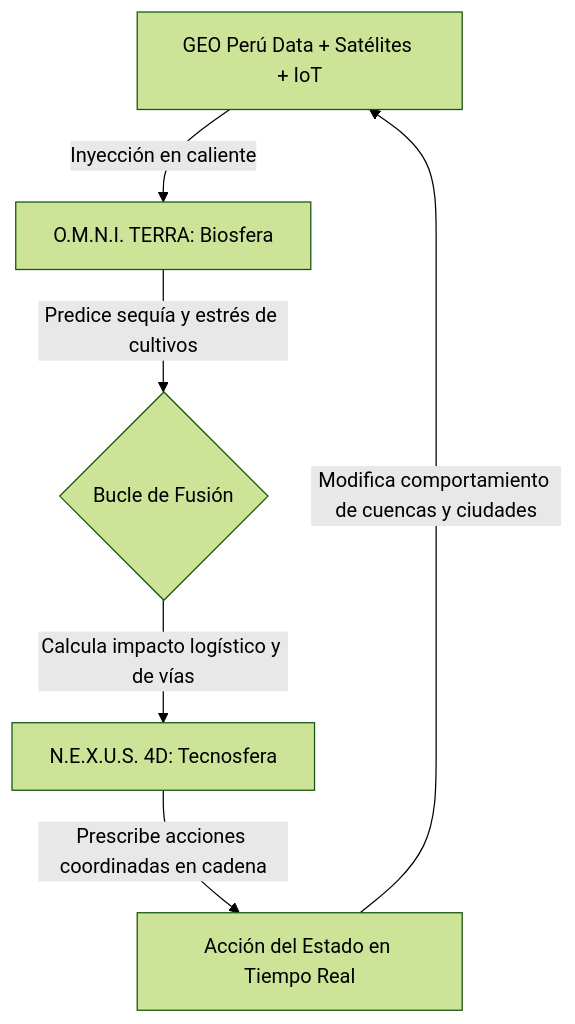
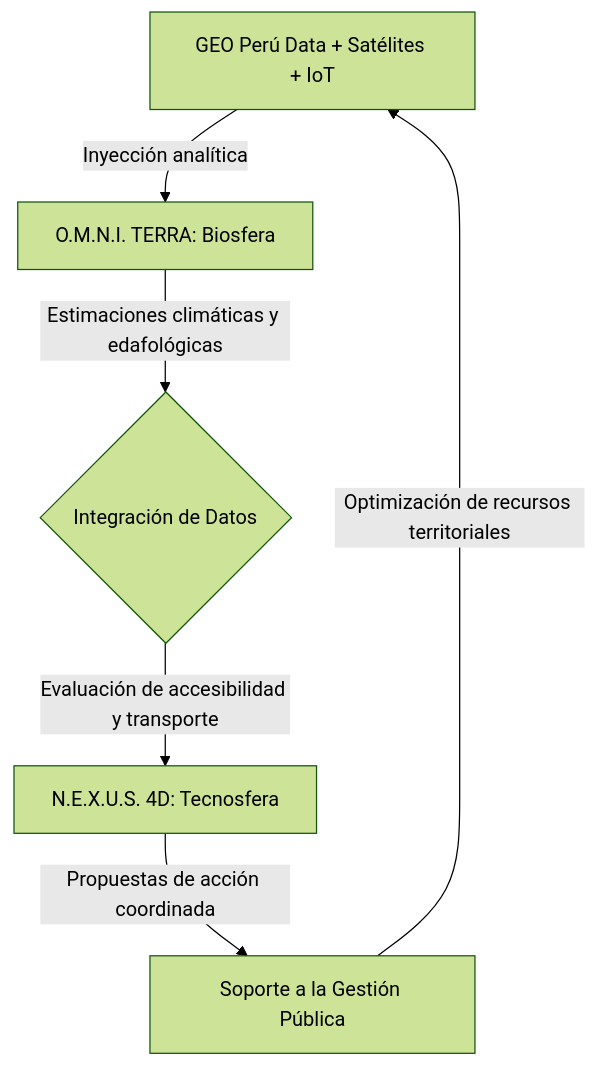
The first of 2 diagrams in regenTERRA/Propuesta_Oficial_GeoTon_2026.md (Bryared/GeoData-Per-), drawn with Mermaid (forest theme) before and after one commit. The commit also changed other lines of this file and 4 other files, not shown here.

````diff
--- a/regenTERRA/Propuesta_Oficial_GeoTon_2026.md
+++ b/regenTERRA/Propuesta_Oficial_GeoTon_2026.md
@@ -295,8 +295,8 @@
 ```mermaid
 flowchart TD
-    A[GEO Perú Data + Satélites + IoT] -->|Inyección en caliente| B[O.M.N.I. TERRA: Biosfera]
-    B -->|Predice sequía y estrés de cultivos| C{Bucle de Fusión}
-    C -->|Calcula impacto logístico y de vías| D[N.E.X.U.S. 4D: Tecnosfera]
-    D -->|Prescribe acciones coordinadas en cadena| E[Acción del Estado en Tiempo Real]
-    E -->|Modifica comportamiento de cuencas y ciudades| A
+    A[GEO Perú Data + Satélites + IoT] -->|Inyección analítica| B[O.M.N.I. TERRA: Biosfera]
+    B -->|Estimaciones climáticas y edafológicas| C{Integración de Datos}
+    C -->|Evaluación de accesibilidad y transporte| D[N.E.X.U.S. 4D: Tecnosfera]
+    D -->|Propuestas de acción coordinada| E[Soporte a la Gestión Pública]
+    E -->|Optimización de recursos territoriales| A
 ```
````
